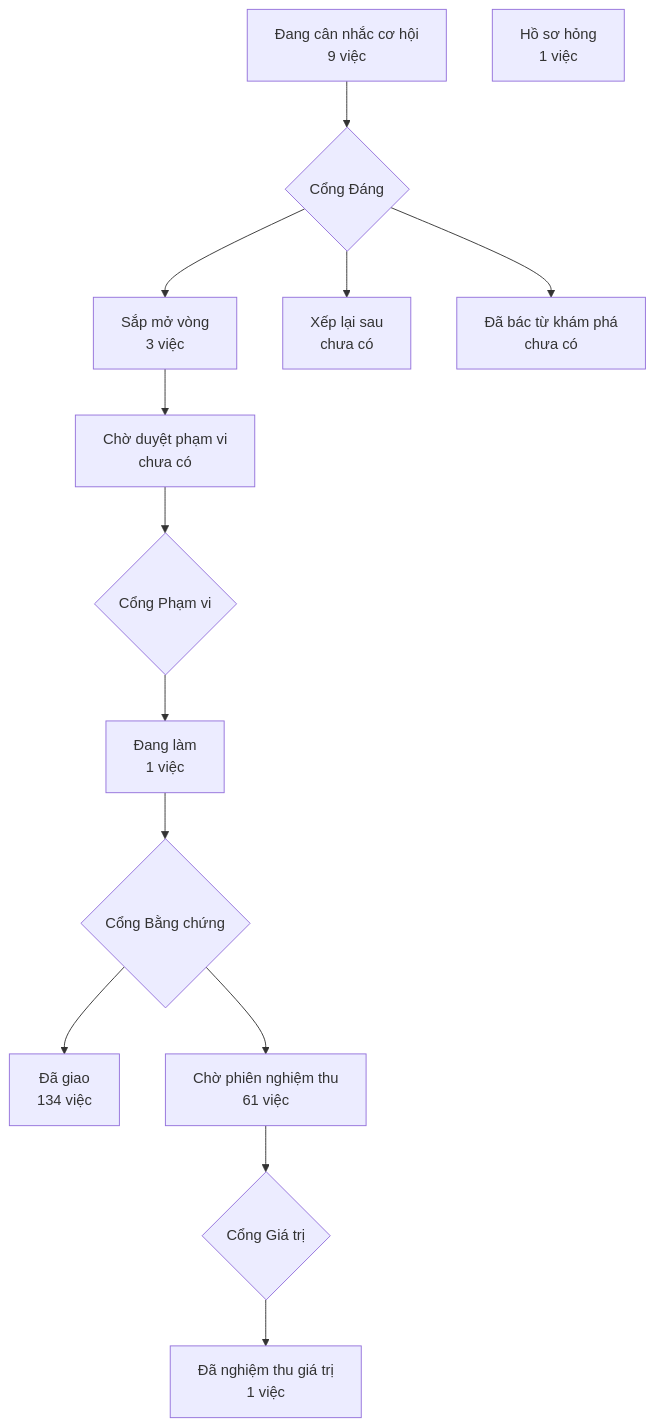
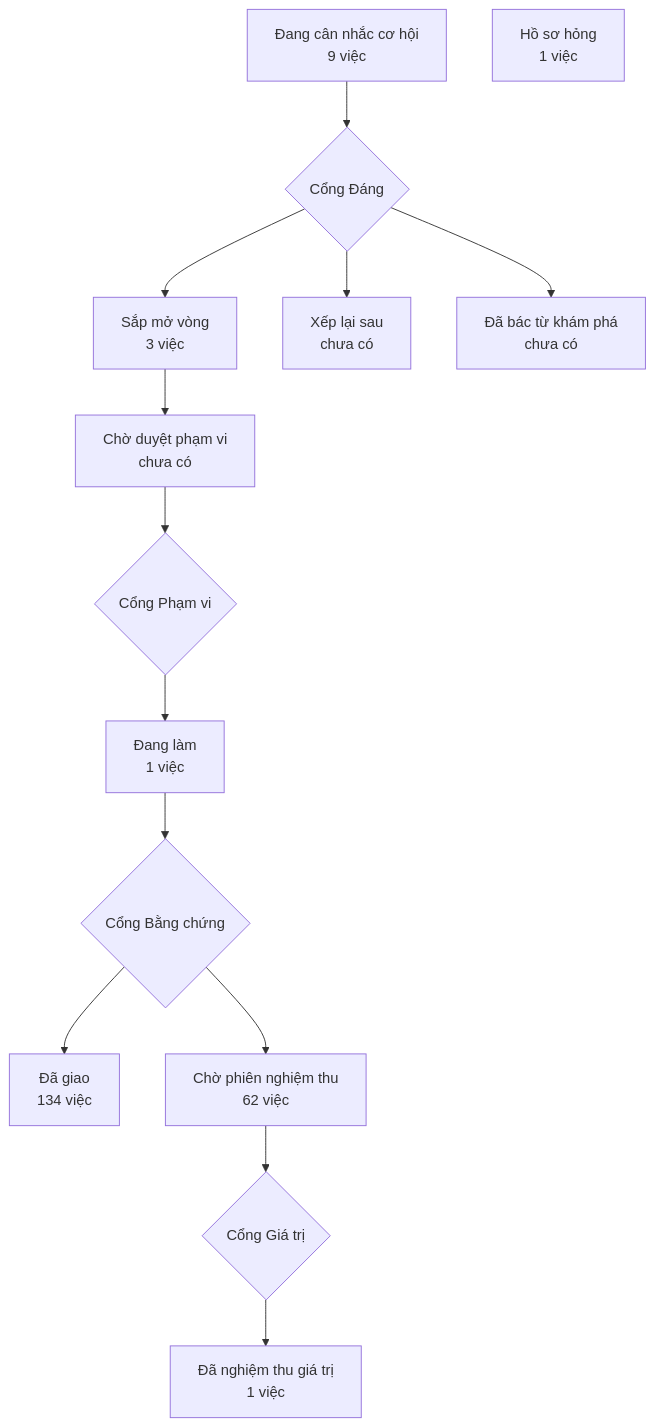
The diagram in PRODUCT-MAP.md (phanlemanh/crm-onehub), drawn with Mermaid before and after one commit. The commit also changed 1 other file, not shown here.

Commit message:
chore: vẽ lại bản đồ sản phẩm từ bản sạch sau gộp onehub ecbce631

````diff
--- a/PRODUCT-MAP.md
+++ b/PRODUCT-MAP.md
@@ -7,13 +7,13 @@
 ```mermaid
 flowchart TD
   A["Đang cân nhắc cơ hội<br/>9 việc"] --> GD{"Cổng Đáng"}
   GD --> B["Sắp mở vòng<br/>3 việc"]
   GD --> XL["Xếp lại sau<br/>chưa có"]
   GD --> DB["Đã bác từ khám phá<br/>chưa có"]
   B --> CD["Chờ duyệt phạm vi<br/>chưa có"] --> GP{"Cổng Phạm vi"}
   GP --> DL["Đang làm<br/>1 việc"] --> GB{"Cổng Bằng chứng"}
   GB --> DG["Đã giao<br/>134 việc"]
-  GB --> CN["Chờ phiên nghiệm thu<br/>61 việc"] --> GG{"Cổng Giá trị"}
+  GB --> CN["Chờ phiên nghiệm thu<br/>62 việc"] --> GG{"Cổng Giá trị"}
   GG --> NT["Đã nghiệm thu giá trị<br/>1 việc"]
   HS["Hồ sơ hỏng<br/>1 việc"]
 ```
````
